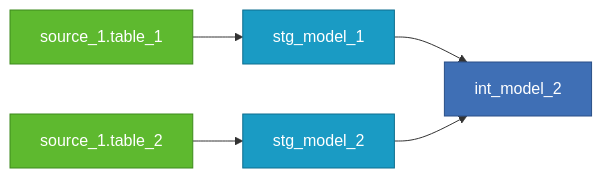
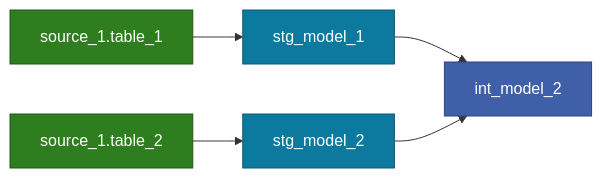
One commit to dbt-labs/dbt-project-evaluator changed the eighth of 21 diagrams in docs/rules/modeling.md. Above: the diagram before and after it, drawn with Mermaid. The commit also changed other lines of this file and 6 other files, not shown here.

Commit message:
Readable Mermaid diagrams in both color schemes; scope the source selection note to dbt check

````diff
--- a/docs/rules/modeling.md
+++ b/docs/rules/modeling.md
@@ -322,15 +322,15 @@
 ```mermaid
 flowchart LR
-    classDef source fill:#5eb92f,stroke:#3d8a1c,color:#fff
-    classDef staging fill:#1a9bc4,stroke:#0e6f8f,color:#fff
-    classDef intermediate fill:#3f6fb5,stroke:#2a4f87,color:#fff
+    classDef source fill:#2e7d1e,stroke:#1f5a13,color:#fff
+    classDef staging fill:#0b7a9e,stroke:#085a75,color:#fff
+    classDef intermediate fill:#3f5fa8,stroke:#2c4580,color:#fff
     source_1_table_1["source_1.table_1"]:::source
     stg_model_1["stg_model_1"]:::staging
     source_1_table_2["source_1.table_2"]:::source
     stg_model_2["stg_model_2"]:::staging
     int_model_2["int_model_2"]:::intermediate
     source_1_table_1 --> stg_model_1
     source_1_table_2 --> stg_model_2
     stg_model_1 --> int_model_2
     stg_model_2 --> int_model_2
 ```
````
